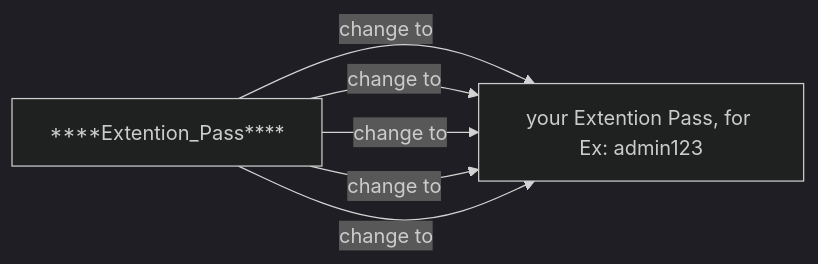
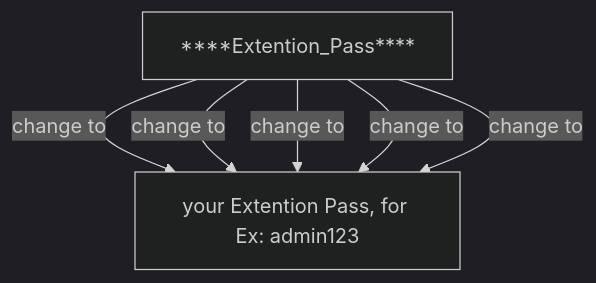
The diagram in README.md (majidroodi/Cisco_Phone_Config), drawn with Mermaid (dark theme) before and after one commit.

````diff
--- a/README.md
+++ b/README.md
@@ -20,9 +20,9 @@
 ```mermaid
-graph LR
+graph 
 A[**Your_NTP_Server_IP_Adress**] -- change to --> B[your server IP Address, for Ex: 192.168.1.100]
 A[**Your_Server_IP_Adress**] -- change to --> B[your server IP Address, for Ex: 192.168.1.100]
 A[**Phone_Label**] -- change to --> B[your Company name, for Ex: ParDevOPs]
 A[****Extention_ID****] -- change to --> B[your Extention id, for Ex: 101]
 A[****Extention_Pass****] -- change to --> B[your Extention Pass, for Ex: admin123]
 
 ```
````
